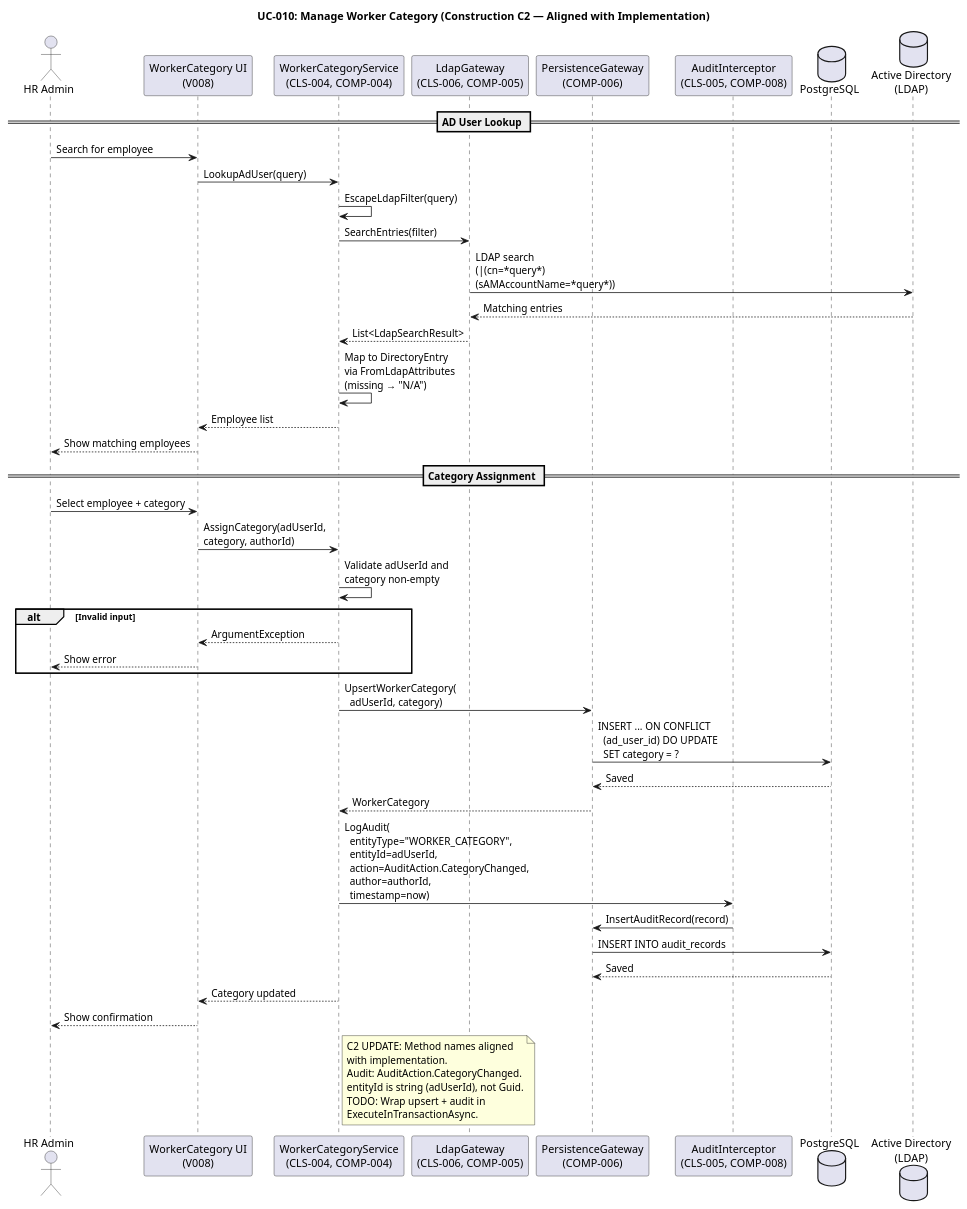
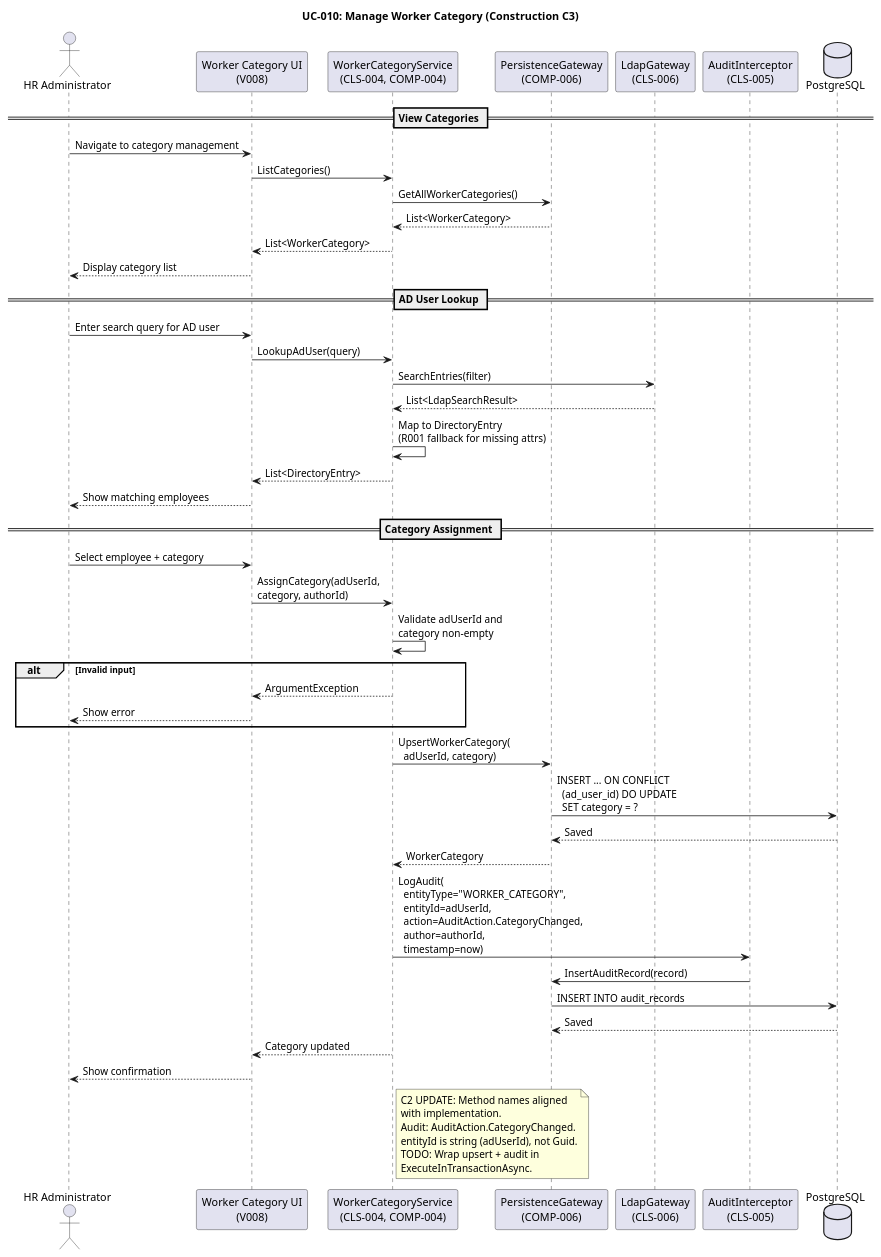
One commit to banense-test/portal-cuba-corp changed diagram 11 of 31 in docs/artifacts/analysis---design/design-model.md. Above: the diagram before and after it, drawn with PlantUML. The commit also changed other lines of this file, not shown here.

````diff
--- a/docs/artifacts/analysis---design/design-model.md
+++ b/docs/artifacts/analysis---design/design-model.md
@@ -780,62 +691,67 @@
 ```plantuml
 @startuml
-title UC-010: Manage Worker Category (Construction C2 — Aligned with Implementation)
+title UC-010: Manage Worker Category (Construction C3)
 
-actor "HR Admin" as HR
-participant "WorkerCategory UI\n(V008)" as UI
+actor "HR Administrator" as HR
+participant "Worker Category UI\n(V008)" as UI
 participant "WorkerCategoryService\n(CLS-004, COMP-004)" as SVC
-participant "LdapGateway\n(CLS-006, COMP-005)" as LDAP
 participant "PersistenceGateway\n(COMP-006)" as DB
-participant "AuditInterceptor\n(CLS-005, COMP-008)" as AUDIT
+participant "LdapGateway\n(CLS-006)" as LDAP
+participant "AuditInterceptor\n(CLS-005)" as AUDIT
 database "PostgreSQL" as PG
-database "Active Directory\n(LDAP)" as AD
+
+== View Categories ==
+
+HR -> UI : Navigate to category management
+UI -> SVC : ListCategories()
+SVC -> DB : GetAllWorkerCategories()
+DB --> SVC : List<WorkerCategory>
+SVC --> UI : List<WorkerCategory>
+UI --> HR : Display category list
 
 == AD User Lookup ==
 
-HR -> UI : Search for employee
+HR -> UI : Enter search query for AD user
 UI -> SVC : LookupAdUser(query)
-SVC -> SVC : EscapeLdapFilter(query)
 SVC -> LDAP : SearchEntries(filter)
-LDAP -> AD : LDAP search\n(|(cn=*query*)\n(sAMAccountName=*query*))
-AD --> LDAP : Matching entries
 LDAP --> SVC : List<LdapSearchResult>
-SVC -> SVC : Map to DirectoryEntry\nvia FromLdapAttributes\n(missing → "N/A")
-SVC --> UI : Employee list
+SVC -> SVC : Map to DirectoryEntry\n(R001 fallback for missing attrs)
+SVC --> UI : List<DirectoryEntry>
 UI --> HR : Show matching employees
 
 == Category Assignment ==
 
 HR -> UI : Select employee + category
 UI -> SVC : AssignCategory(adUserId,\ncategory, authorId)
 
 SVC -> SVC : Validate adUserId and\ncategory non-empty
 
 alt Invalid input
   SVC --> UI : ArgumentException
   UI --> HR : Show error
 end
 
 SVC -> DB : UpsertWorkerCategory(\n  adUserId, category)
 DB -> PG : INSERT ... ON CONFLICT\n  (ad_user_id) DO UPDATE\n  SET category = ?
 PG --> DB : Saved
 DB --> SVC : WorkerCategory
 
 SVC -> AUDIT : LogAudit(\n  entityType="WORKER_CATEGORY",\n  entityId=adUserId,\n  action=AuditAction.CategoryChanged,\n  author=authorId,\n  timestamp=now)
 AUDIT -> DB : InsertAuditRecord(record)
 DB -> PG : INSERT INTO audit_records
 PG --> DB : Saved
 
 SVC --> UI : Category updated
 UI --> HR : Show confirmation
 
 note right of SVC
   C2 UPDATE: Method names aligned
   with implementation.
   Audit: AuditAction.CategoryChanged.
   entityId is string (adUserId), not Guid.
   TODO: Wrap upsert + audit in
   ExecuteInTransactionAsync.
 end note
 
 @enduml
 ```
````
